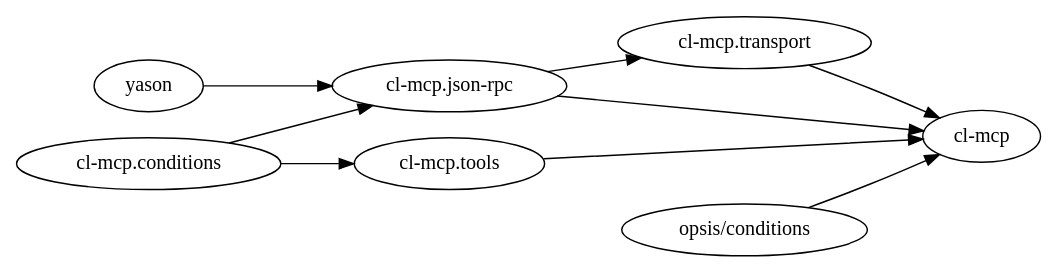
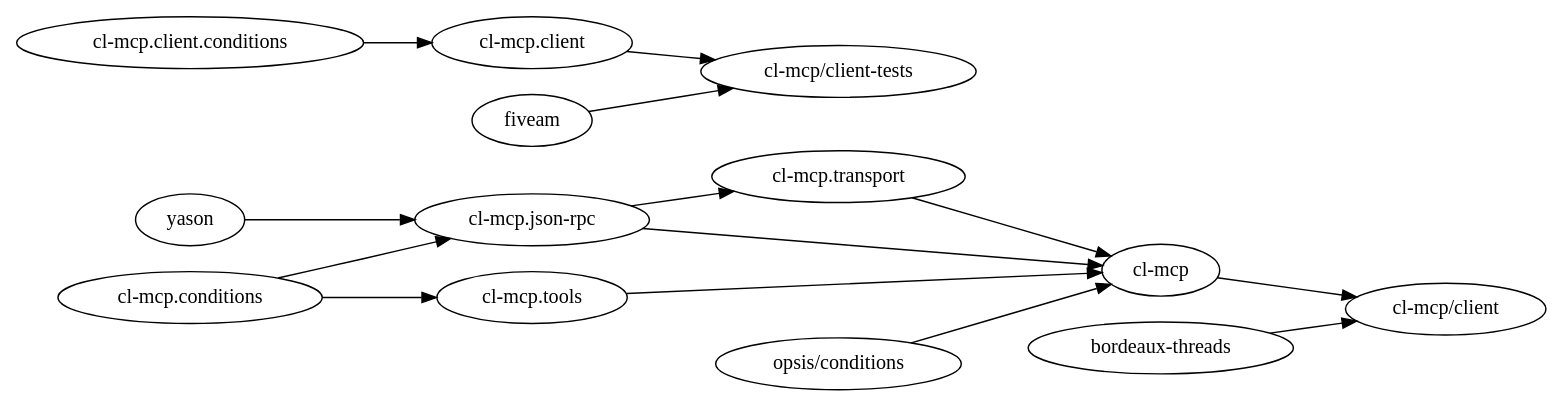
Before and after one commit to quasi/cl-mcp: the diagram in .claude/skills/dev/SKILL.md, drawn with Graphviz. The commit also changed other lines of this file and 2 other files, not shown here.

First line of the commit message:
docs: update skills and README to cover cl-mcp/client

````diff
--- a/.claude/skills/dev/SKILL.md
+++ b/.claude/skills/dev/SKILL.md
@@ -60,13 +88,18 @@
 ```dot
 digraph cl_mcp {
   rankdir=LR
   "cl-mcp.conditions" -> "cl-mcp.json-rpc"
   "cl-mcp.conditions" -> "cl-mcp.tools"
   "cl-mcp.json-rpc" -> "cl-mcp.transport"
   "cl-mcp.json-rpc" -> "cl-mcp"
   "cl-mcp.transport" -> "cl-mcp"
   "cl-mcp.tools" -> "cl-mcp"
   "yason" -> "cl-mcp.json-rpc"
   "opsis/conditions" -> "cl-mcp"
+  "cl-mcp" -> "cl-mcp/client"
+  "bordeaux-threads" -> "cl-mcp/client"
+  "cl-mcp.client.conditions" -> "cl-mcp.client"
+  "cl-mcp.client" -> "cl-mcp/client-tests"
+  "fiveam" -> "cl-mcp/client-tests"
 }
 ```
````
